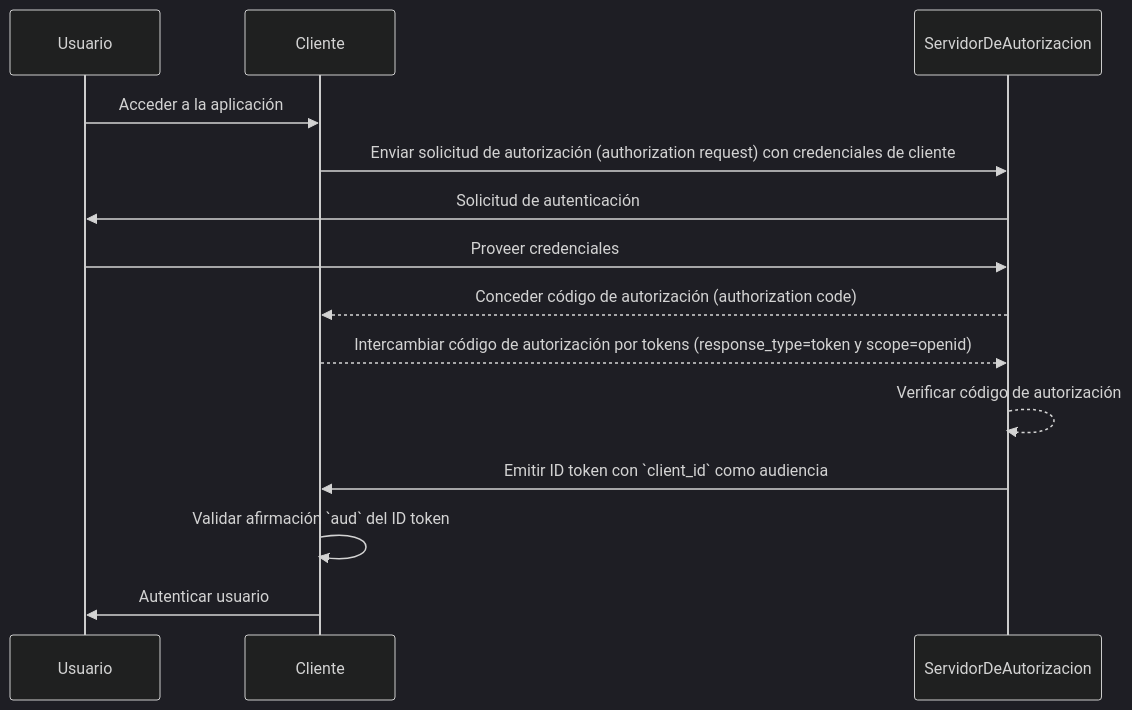
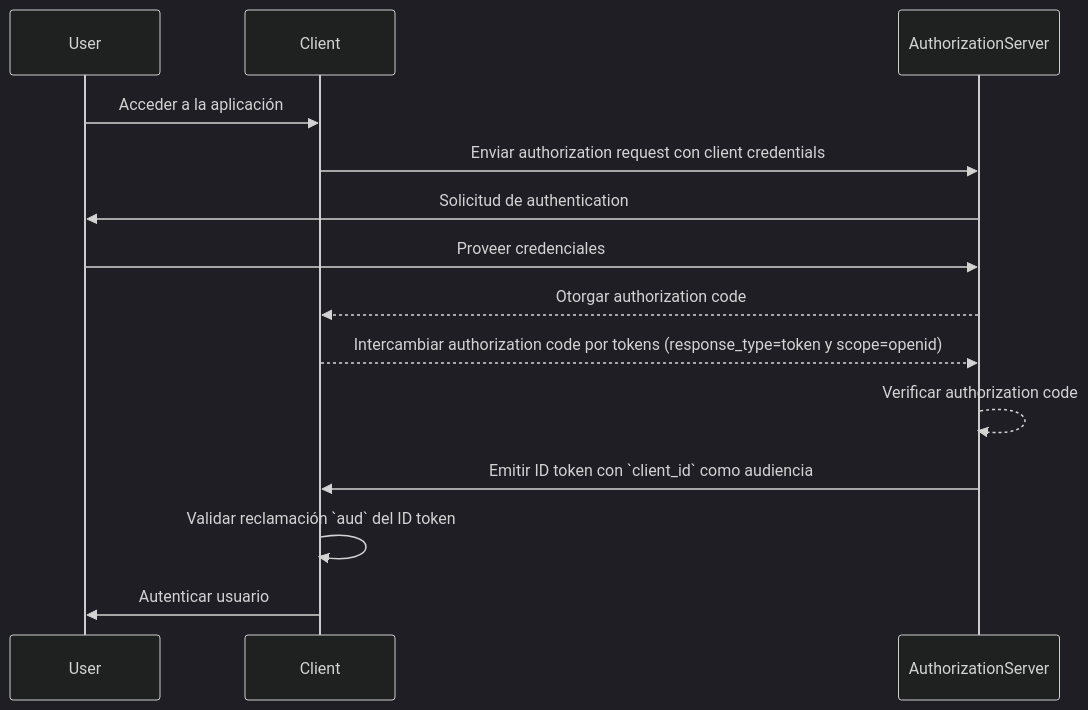
Before and after one commit to logto-io/auth-wiki: the first of 2 diagrams in src/content/terms/es/audience.mdx, drawn with Mermaid (dark theme). The commit also changed other lines of this file and 48 other files, not shown here.

````diff
--- a/src/content/terms/es/audience.mdx
+++ b/src/content/terms/es/audience.mdx
@@ -49,17 +49,17 @@
 ```mermaid
 sequenceDiagram
-    participant Usuario
-    participant Cliente
-    participant ServidorDeAutorizacion
+    participant User
+    participant Client
+    participant AuthorizationServer
 
-    Usuario->>Cliente: Acceder a la aplicación
-    Cliente->>ServidorDeAutorizacion: Enviar solicitud de autorización (authorization request) con credenciales de cliente
-    ServidorDeAutorizacion->>Usuario: Solicitud de autenticación
-    Usuario->>ServidorDeAutorizacion: Proveer credenciales
-    ServidorDeAutorizacion-->>Cliente: Conceder código de autorización (authorization code)
-    Cliente-->>ServidorDeAutorizacion: Intercambiar código de autorización por tokens (response_type=token y scope=openid)
-    ServidorDeAutorizacion-->>ServidorDeAutorizacion: Verificar código de autorización
-    ServidorDeAutorizacion->>Cliente: Emitir ID token con `client_id` como audiencia
-    Cliente->>Cliente: Validar afirmación `aud` del ID token
-    Cliente->>Usuario: Autenticar usuario
+    User->>Client: Acceder a la aplicación
+    Client->>AuthorizationServer: Enviar authorization request con client credentials
+    AuthorizationServer->>User: Solicitud de authentication
+    User->>AuthorizationServer: Proveer credenciales
+    AuthorizationServer-->>Client: Otorgar authorization code
+    Client-->>AuthorizationServer: Intercambiar authorization code por tokens (response_type=token y scope=openid)
+    AuthorizationServer-->>AuthorizationServer: Verificar authorization code
+    AuthorizationServer->>Client: Emitir ID token con `client_id` como audiencia
+    Client->> Client: Validar reclamación `aud` del ID token
+    Client->>User: Autenticar usuario
 ```
````
